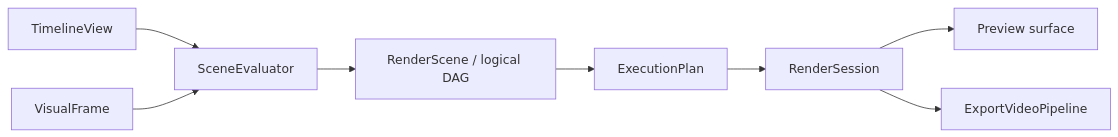
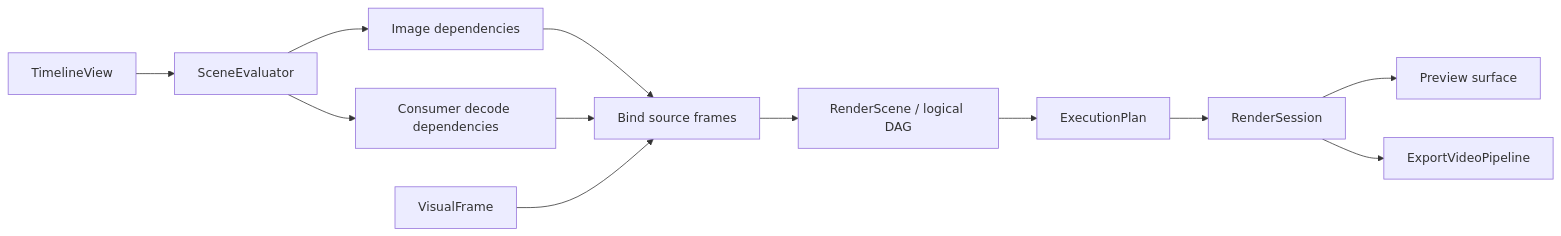
Before and after one commit to 1Step621/zerium: the diagram in docs/architecture/rendering.md, drawn with Mermaid. The commit also changed other lines of this file and 48 other files, not shown here.

````diff
--- a/docs/architecture/rendering.md
+++ b/docs/architecture/rendering.md
@@ -7,10 +7,14 @@
 ```mermaid
 flowchart LR
     Timeline[TimelineView] --> Evaluate[SceneEvaluator]
-    Frames[VisualFrame] --> Evaluate
-    Evaluate --> Graph[RenderScene / logical DAG]
+    Evaluate --> Images[Image dependencies]
+    Evaluate --> Demand[Consumer decode dependencies]
+    Images --> Bind[Bind source frames]
+    Demand --> Bind
+    Frames[VisualFrame] --> Bind
+    Bind --> Graph[RenderScene / logical DAG]
     Graph --> Plan[ExecutionPlan]
     Plan --> Session[RenderSession]
     Session --> Preview[Preview surface]
     Session --> Export[ExportVideoPipeline]
 ```
````
